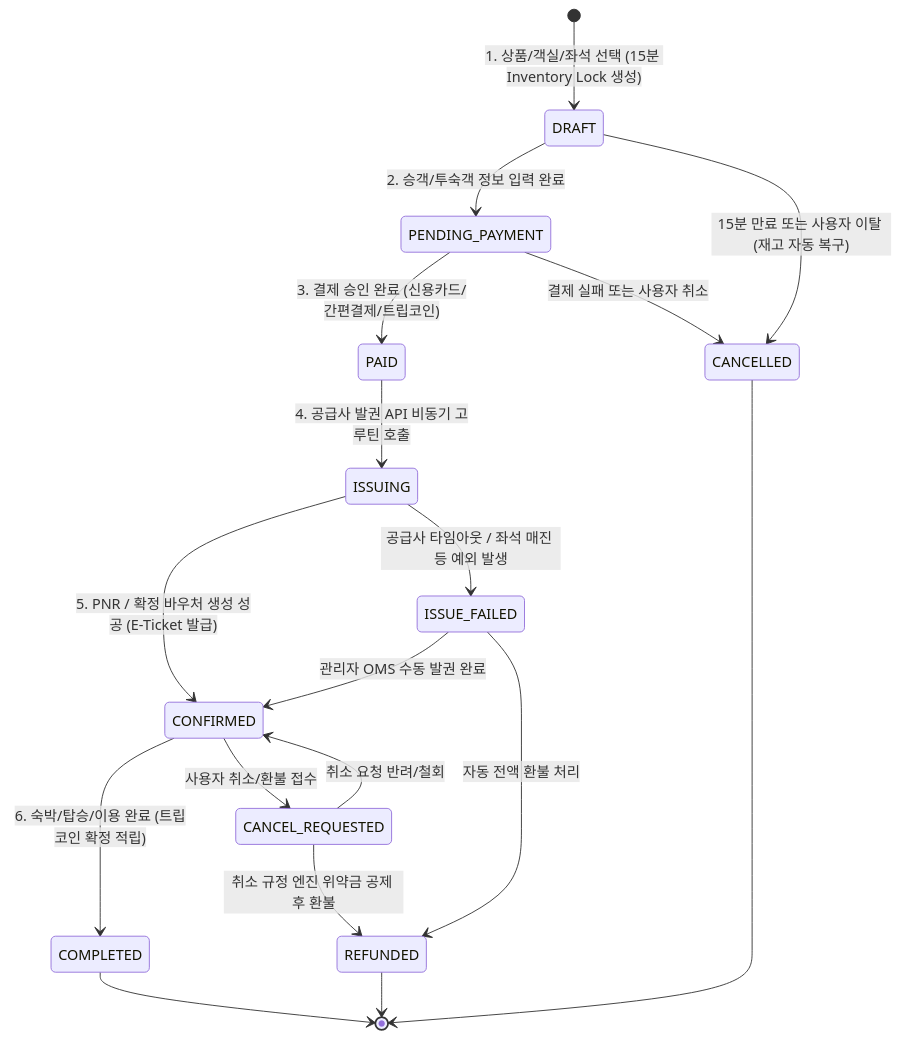
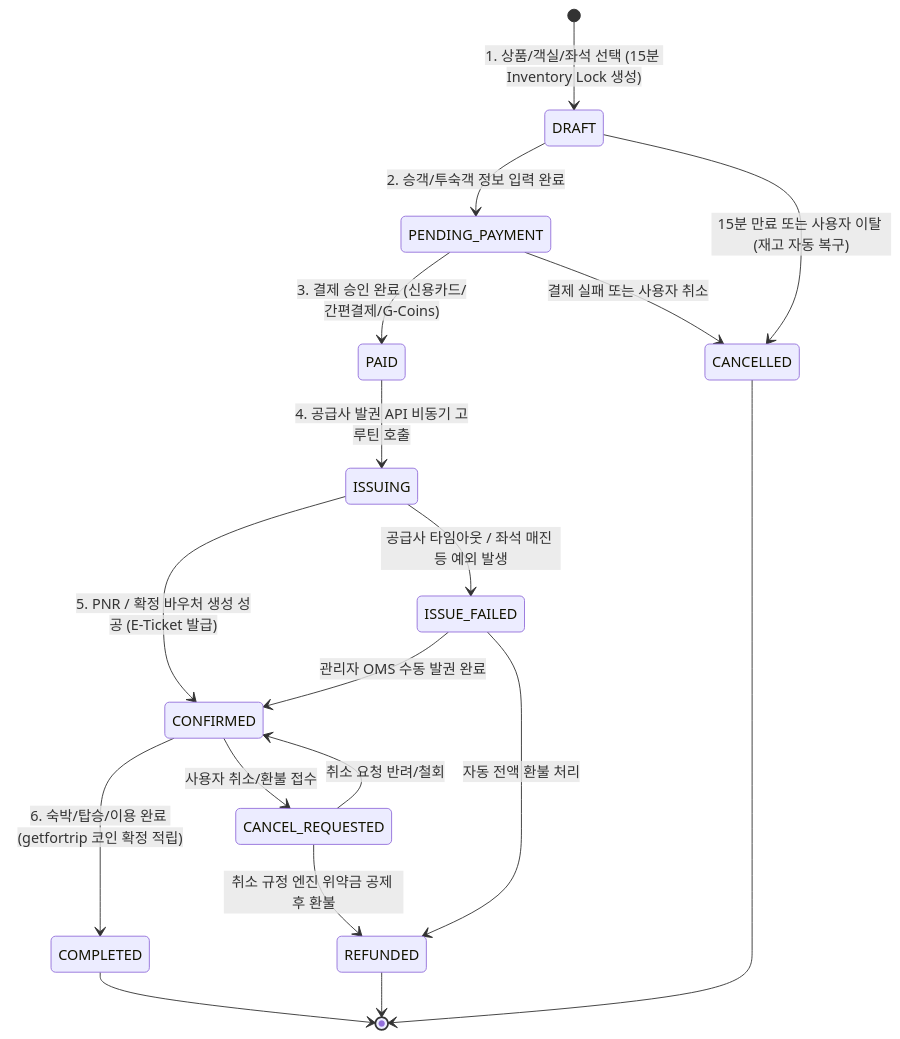
The diagram in ARCHITECTURE.md (dnjstjqppk-dev/ota-hub), drawn with Mermaid before and after one commit. The commit also changed other lines of this file and 57 other files, not shown here.

````diff
--- a/ARCHITECTURE.md
+++ b/ARCHITECTURE.md
@@ -137,26 +139,26 @@
 ```mermaid
 stateDiagram-v2
     [*] --> DRAFT : 1. 상품/객실/좌석 선택 (15분 Inventory Lock 생성)
     DRAFT --> PENDING_PAYMENT : 2. 승객/투숙객 정보 입력 완료
     DRAFT --> CANCELLED : 15분 만료 또는 사용자 이탈 (재고 자동 복구)
     
-    PENDING_PAYMENT --> PAID : 3. 결제 승인 완료 (신용카드/간편결제/트립코인)
+    PENDING_PAYMENT --> PAID : 3. 결제 승인 완료 (신용카드/간편결제/G-Coins)
     PENDING_PAYMENT --> CANCELLED : 결제 실패 또는 사용자 취소
     
     PAID --> ISSUING : 4. 공급사 발권 API 비동기 고루틴 호출
     ISSUING --> CONFIRMED : 5. PNR / 확정 바우처 생성 성공 (E-Ticket 발급)
     ISSUING --> ISSUE_FAILED : 공급사 타임아웃 / 좌석 매진 등 예외 발생
     
     ISSUE_FAILED --> CONFIRMED : 관리자 OMS 수동 발권 완료
     ISSUE_FAILED --> REFUNDED : 자동 전액 환불 처리
     
-    CONFIRMED --> COMPLETED : 6. 숙박/탑승/이용 완료 (트립코인 확정 적립)
+    CONFIRMED --> COMPLETED : 6. 숙박/탑승/이용 완료 (getfortrip 코인 확정 적립)
     CONFIRMED --> CANCEL_REQUESTED : 사용자 취소/환불 접수
     
     CANCEL_REQUESTED --> REFUNDED : 취소 규정 엔진 위약금 공제 후 환불
     CANCEL_REQUESTED --> CONFIRMED : 취소 요청 반려/철회
     
     COMPLETED --> [*]
     REFUNDED --> [*]
     CANCELLED --> [*]
 ```
````
